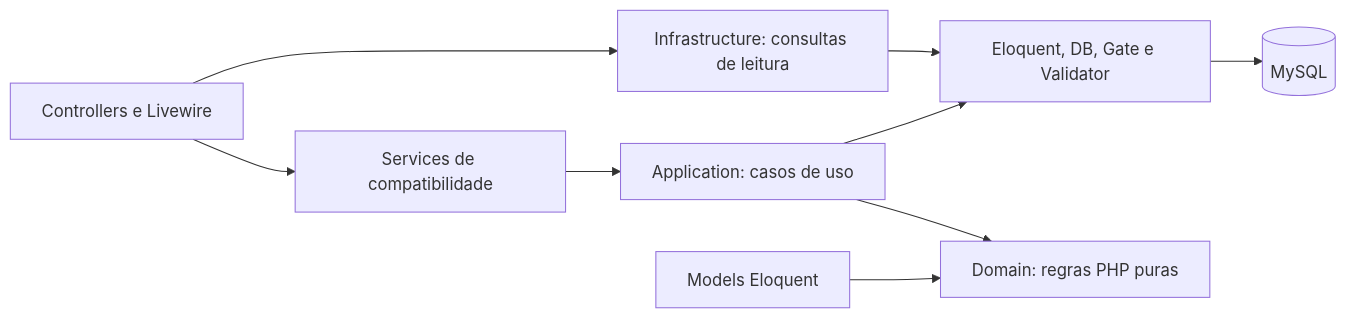
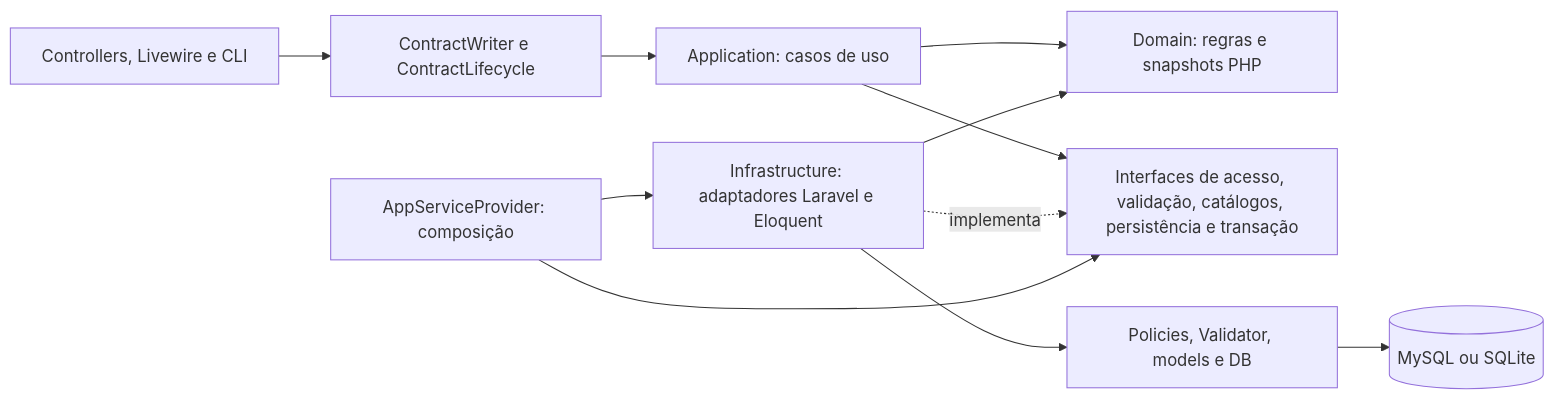
Before and after one commit to valdir-fernando/Contracts: the diagram in docs/architecture.md, drawn with Mermaid. The commit also changed other lines of this file and 9 other files, not shown here.

````diff
--- a/docs/architecture.md
+++ b/docs/architecture.md
@@ -23,11 +13,13 @@
 ```mermaid
 flowchart LR
-    HTTP[Controllers e Livewire] --> Compatibility[Services de compatibilidade]
+    Presentation[Controllers, Livewire e CLI] --> Compatibility[ContractWriter e ContractLifecycle]
     Compatibility --> Application[Application: casos de uso]
-    Application --> Domain[Domain: regras PHP puras]
-    Application --> Laravel[Eloquent, DB, Gate e Validator]
-    HTTP --> Reads[Infrastructure: consultas de leitura]
-    Reads --> Laravel
-    Laravel --> MySQL[(MySQL)]
-    Models[Models Eloquent] --> Domain
+    Application --> Domain[Domain: regras e snapshots PHP]
+    Application --> Ports[Interfaces de acesso, validação, catálogos, persistência e transação]
+    Infrastructure[Infrastructure: adaptadores Laravel e Eloquent] -. implementa .-> Ports
+    Infrastructure --> Domain
+    Infrastructure --> Laravel[Policies, Validator, models e DB]
+    Provider[AppServiceProvider: composição] --> Ports
+    Provider --> Infrastructure
+    Laravel --> Database[(MySQL ou SQLite)]
 ```
````
